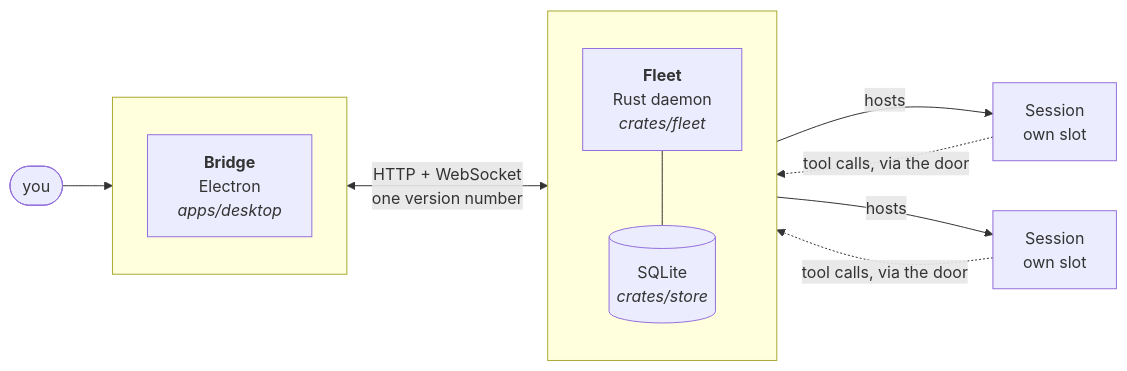
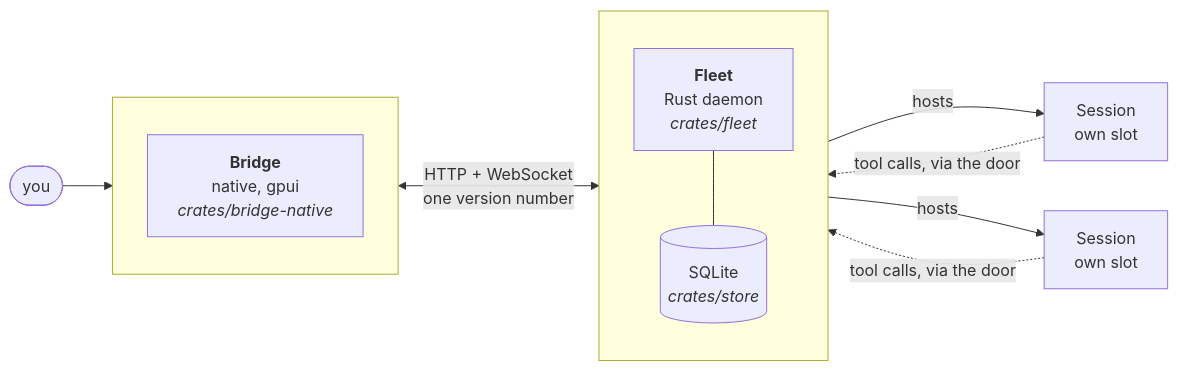
One commit to Mele-Labs/armada changed the first of 3 diagrams in ARCHITECTURE.md. Above: the diagram before and after it, drawn with Mermaid. The commit also changed other lines of this file and 220 other files, not shown here.

````diff
--- a/ARCHITECTURE.md
+++ b/ARCHITECTURE.md
@@ -12,23 +12,23 @@
 ```mermaid
 flowchart LR
     P(["you"]) --> B
 
     subgraph desk [" "]
         direction TB
-        B["<b>Bridge</b><br/>Electron<br/><i>apps/desktop</i>"]
+        B["<b>Bridge</b><br/>native, gpui<br/><i>crates/bridge-native</i>"]
     end
 
     B <-->|"HTTP + WebSocket<br/>one version number"| F
 
     subgraph daemon [" "]
         direction TB
         F["<b>Fleet</b><br/>Rust daemon<br/><i>crates/fleet</i>"]
         S[("SQLite<br/><i>crates/store</i>")]
         F --- S
     end
 
     F -->|hosts| D1["Session<br/>own slot"]
     F -->|hosts| D2["Session<br/>own slot"]
     D1 -.->|"tool calls, via the door"| F
     D2 -.->|"tool calls, via the door"| F
 ```
````
